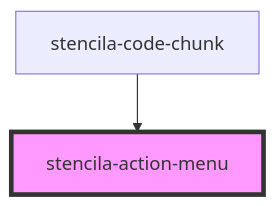
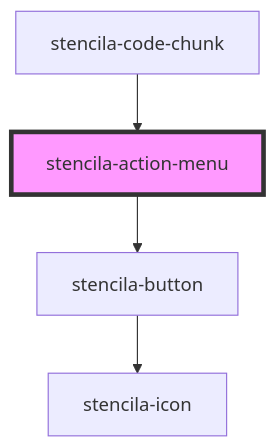
The diagram in packages/components/src/components/actionMenu/readme.md (stencila/designa), drawn with Mermaid before and after one commit. The commit also changed other lines of this file and 13 other files, not shown here.

Commit message:
feat(Action Menu): Add "persistent actions" slot to Action Menu

````diff
--- a/packages/components/src/components/actionMenu/readme.md
+++ b/packages/components/src/components/actionMenu/readme.md
@@ -22,5 +27,7 @@
 ```mermaid
 graph TD;
+  stencila-action-menu --> stencila-button
+  stencila-button --> stencila-icon
   stencila-code-chunk --> stencila-action-menu
   style stencila-action-menu fill:#f9f,stroke:#333,stroke-width:4px
 ```
````
